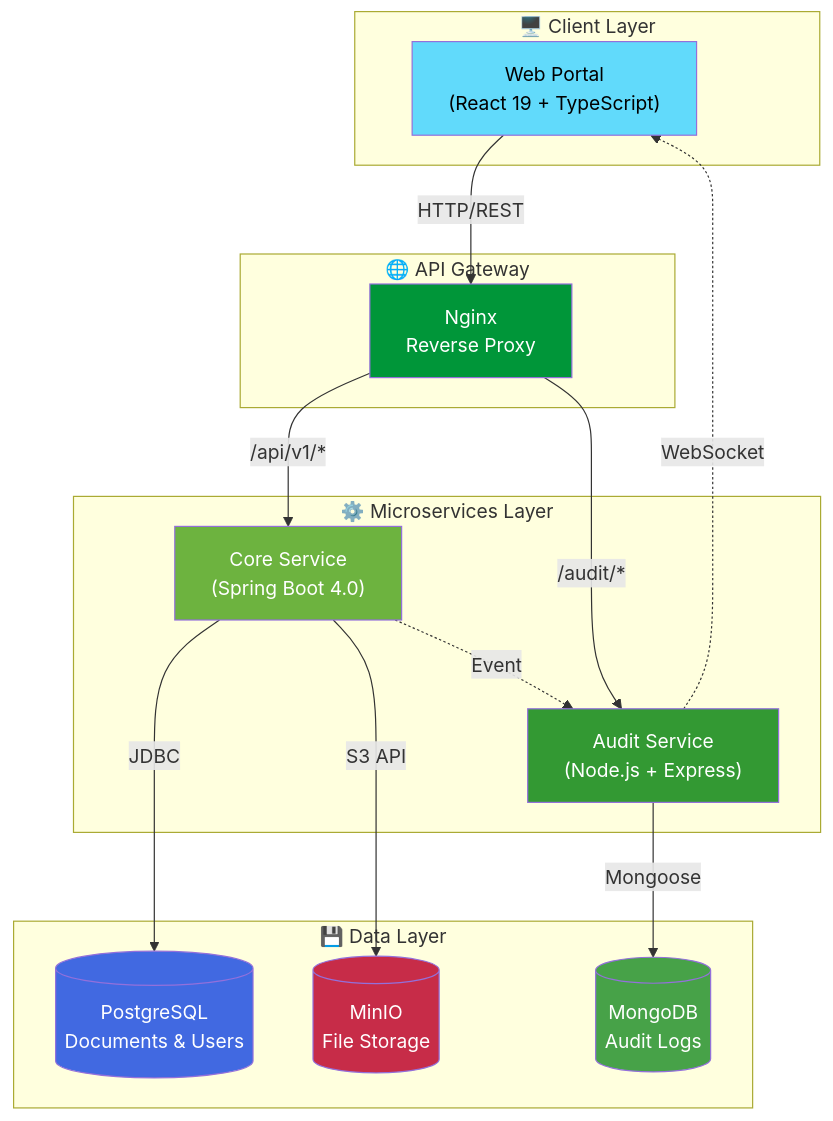
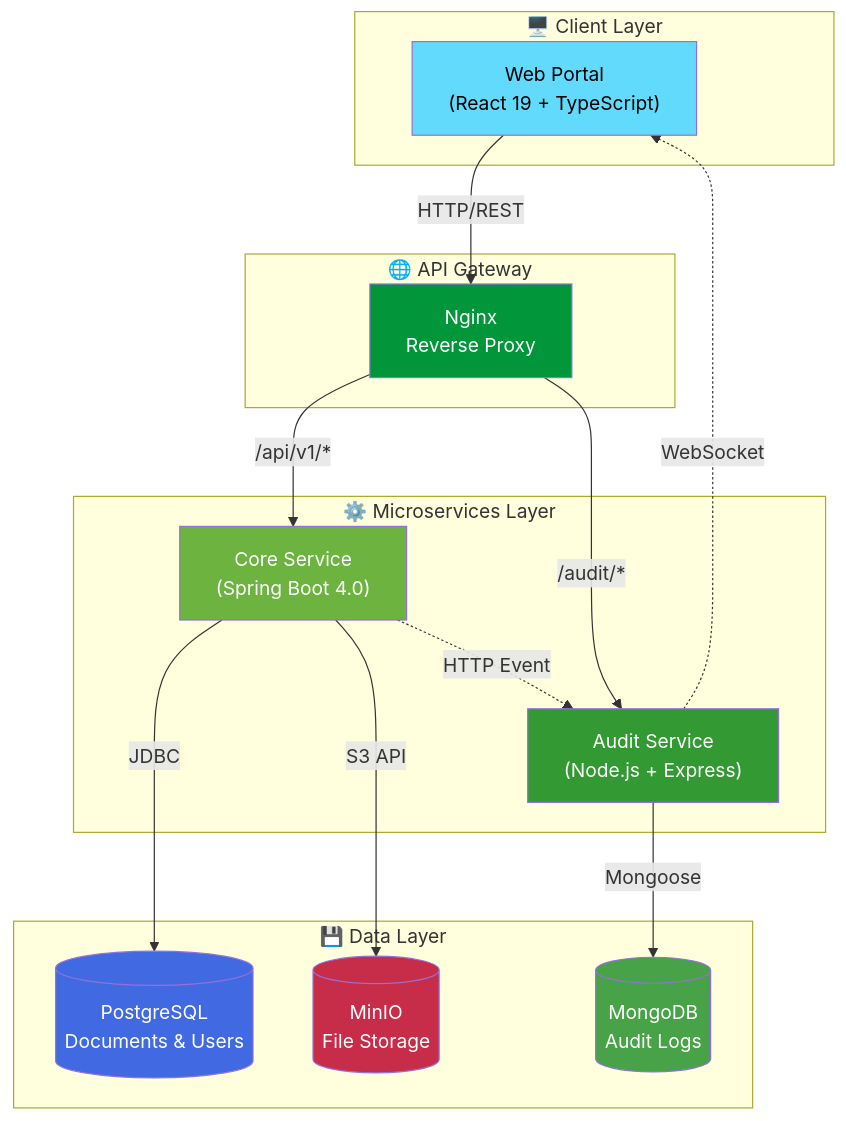
One commit to 2impaoo-it/smart-edms-system changed the first of 3 diagrams in README.md. Above: the diagram before and after it, drawn with Mermaid. The commit also changed other lines of this file and 10 other files, not shown here.

````diff
--- a/README.md
+++ b/README.md
@@ -51,38 +55,38 @@
 ```mermaid
 flowchart TB
     subgraph Client["🖥️ Client Layer"]
         WEB["Web Portal<br/>(React 19 + TypeScript)"]
     end
 
     subgraph Gateway["🌐 API Gateway"]
         NGINX["Nginx<br/>Reverse Proxy"]
     end
 
     subgraph Services["⚙️ Microservices Layer"]
         CORE["Core Service<br/>(Spring Boot 4.0)"]
         AUDIT["Audit Service<br/>(Node.js + Express)"]
     end
 
     subgraph Data["💾 Data Layer"]
         PG[("PostgreSQL<br/>Documents & Users")]
         MONGO[("MongoDB<br/>Audit Logs")]
         MINIO[("MinIO<br/>File Storage")]
     end
 
     WEB -->|HTTP/REST| NGINX
     NGINX -->|/api/v1/*| CORE
     NGINX -->|/audit/*| AUDIT
     CORE -->|JDBC| PG
     CORE -->|S3 API| MINIO
-    CORE -.->|Event| AUDIT
+    CORE -.->|HTTP Event| AUDIT
     AUDIT -->|Mongoose| MONGO
     AUDIT -.->|WebSocket| WEB
 
     style WEB fill:#61DAFB,color:#000
     style CORE fill:#6DB33F,color:#fff
     style AUDIT fill:#339933,color:#fff
     style PG fill:#4169E1,color:#fff
     style MONGO fill:#47A248,color:#fff
     style MINIO fill:#C72C48,color:#fff
     style NGINX fill:#009639,color:#fff
 ```
````
